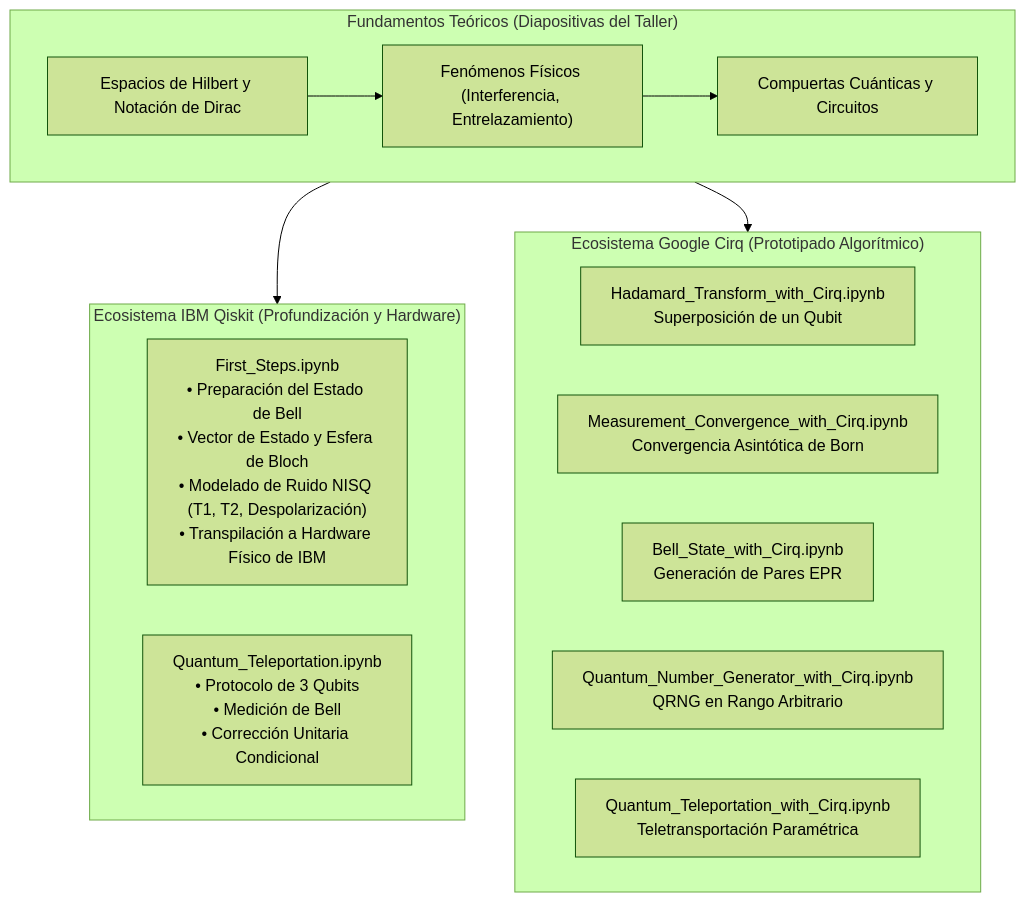
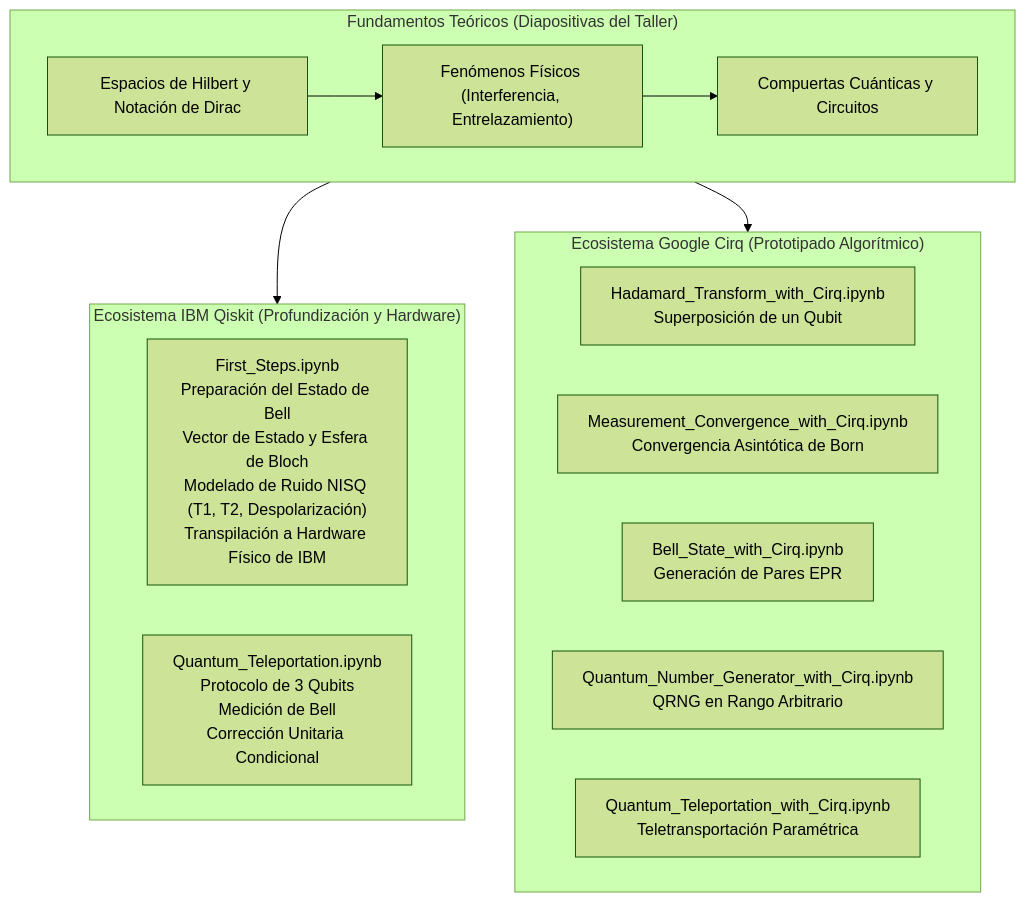
The diagram in README.es.md (AngelGab3/Quantum-Computing), drawn with Mermaid (forest theme) before and after one commit. The commit also changed other lines of this file and 1 other file, not shown here.

````diff
--- a/README.es.md
+++ b/README.es.md
@@ -65,23 +64,23 @@
 ```mermaid
 flowchart TD
     subgraph TEORIA["Fundamentos Teóricos (Diapositivas del Taller)"]
         T1["Espacios de Hilbert y Notación de Dirac"] --> T2["Fenómenos Físicos (Interferencia, Entrelazamiento)"]
         T2 --> T3["Compuertas Cuánticas y Circuitos"]
     end
 
     subgraph QISKIT["Ecosistema IBM Qiskit (Profundización y Hardware)"]
-        Q1["First_Steps.ipynb<br/>• Preparación del Estado de Bell<br/>• Vector de Estado y Esfera de Bloch<br/>• Modelado de Ruido NISQ (T1, T2, Despolarización)<br/>• Transpilación a Hardware Físico de IBM"]
-        Q2["Quantum_Teleportation.ipynb<br/>• Protocolo de 3 Qubits<br/>• Medición de Bell<br/>• Corrección Unitaria Condicional"]
+        Q1["First_Steps.ipynb<br/>Preparación del Estado de Bell<br/>Vector de Estado y Esfera de Bloch<br/>Modelado de Ruido NISQ (T1, T2, Despolarización)<br/>Transpilación a Hardware Físico de IBM"]
+        Q2["Quantum_Teleportation.ipynb<br/>Protocolo de 3 Qubits<br/>Medición de Bell<br/>Corrección Unitaria Condicional"]
     end
 
     subgraph CIRQ["Ecosistema Google Cirq (Prototipado Algorítmico)"]
         C1["Hadamard_Transform_with_Cirq.ipynb<br/>Superposición de un Qubit"]
         C2["Measurement_Convergence_with_Cirq.ipynb<br/>Convergencia Asintótica de Born"]
         C3["Bell_State_with_Cirq.ipynb<br/>Generación de Pares EPR"]
         C4["Quantum_Number_Generator_with_Cirq.ipynb<br/>QRNG en Rango Arbitrario"]
         C5["Quantum_Teleportation_with_Cirq.ipynb<br/>Teletransportación Paramétrica"]
     end
 
     TEORIA --> QISKIT
     TEORIA --> CIRQ
 ```
````
